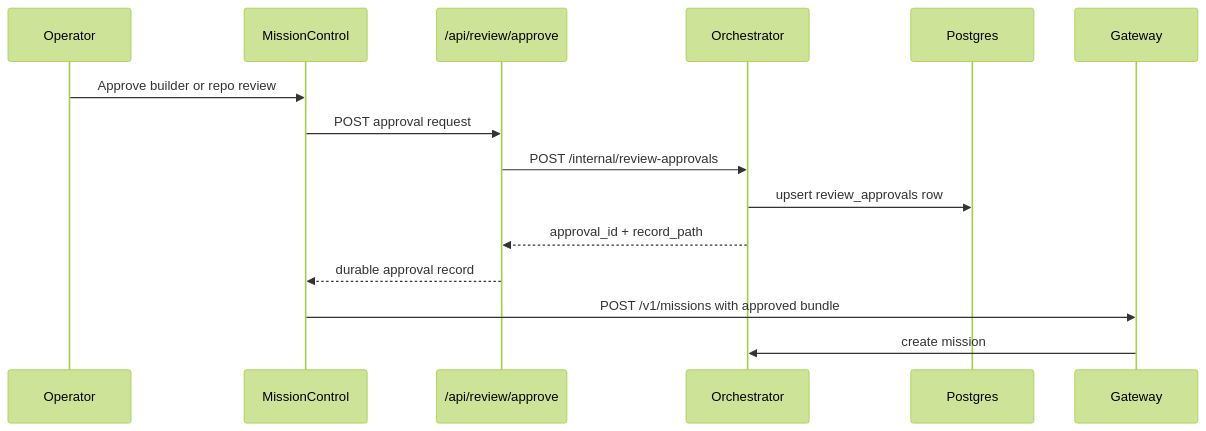
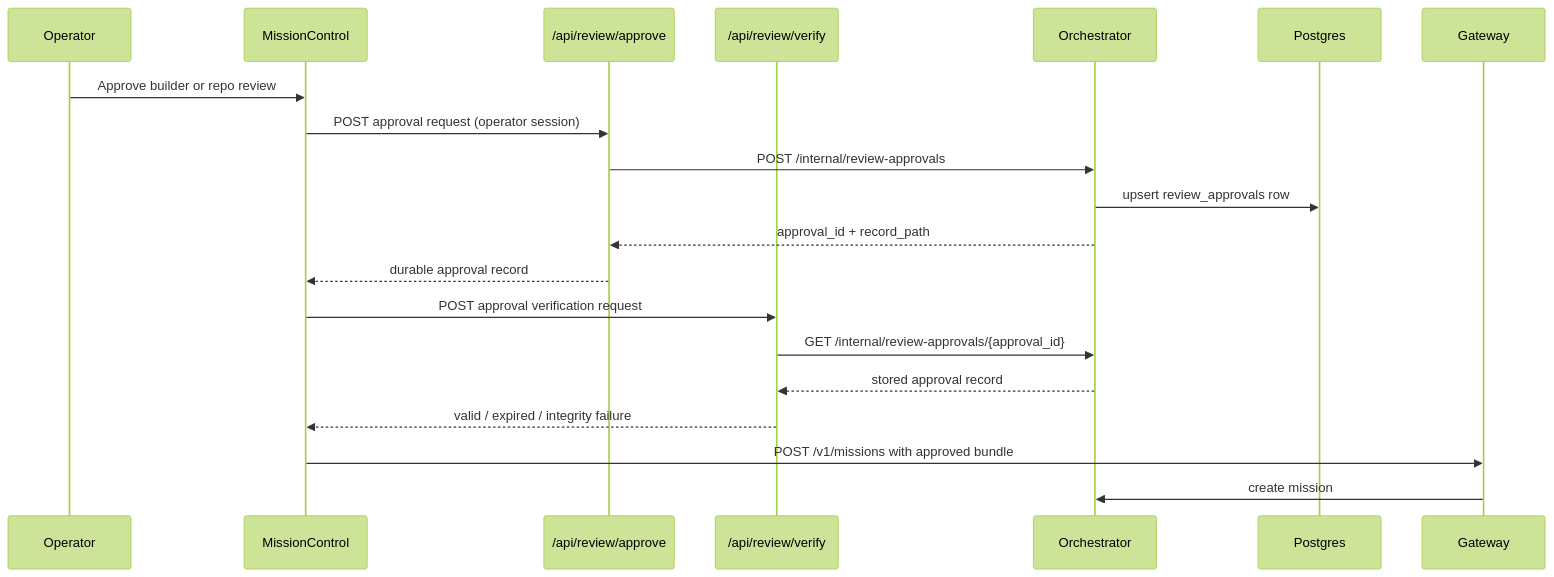
Before and after one commit to kherrera6219/theFactory: the second of 5 diagrams in docs/ARCHITECTURE_DATA_FLOWS.md, drawn with Mermaid (forest theme). The commit also changed other lines of this file and 55 other files, not shown here.

Commit message:
Harden Mission Control auth and approval flows

````diff
--- a/docs/ARCHITECTURE_DATA_FLOWS.md
+++ b/docs/ARCHITECTURE_DATA_FLOWS.md
@@ -55,18 +56,23 @@
 ```mermaid
 sequenceDiagram
     participant Operator
     participant MissionControl
     participant ReviewRoute as /api/review/approve
+    participant VerifyRoute as /api/review/verify
     participant Orchestrator
     participant Postgres
     participant Gateway
 
     Operator->>MissionControl: Approve builder or repo review
-    MissionControl->>ReviewRoute: POST approval request
+    MissionControl->>ReviewRoute: POST approval request (operator session)
     ReviewRoute->>Orchestrator: POST /internal/review-approvals
     Orchestrator->>Postgres: upsert review_approvals row
     Orchestrator-->>ReviewRoute: approval_id + record_path
     ReviewRoute-->>MissionControl: durable approval record
+    MissionControl->>VerifyRoute: POST approval verification request
+    VerifyRoute->>Orchestrator: GET /internal/review-approvals/{approval_id}
+    Orchestrator-->>VerifyRoute: stored approval record
+    VerifyRoute-->>MissionControl: valid / expired / integrity failure
     MissionControl->>Gateway: POST /v1/missions with approved bundle
     Gateway->>Orchestrator: create mission
 ```
````
